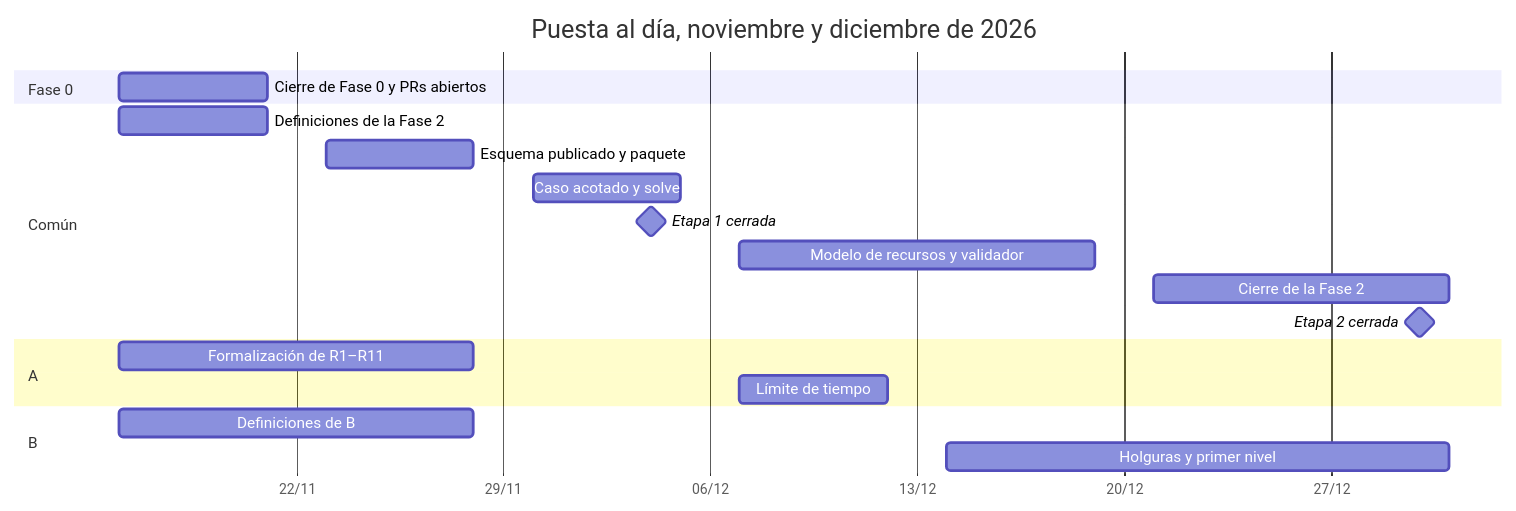
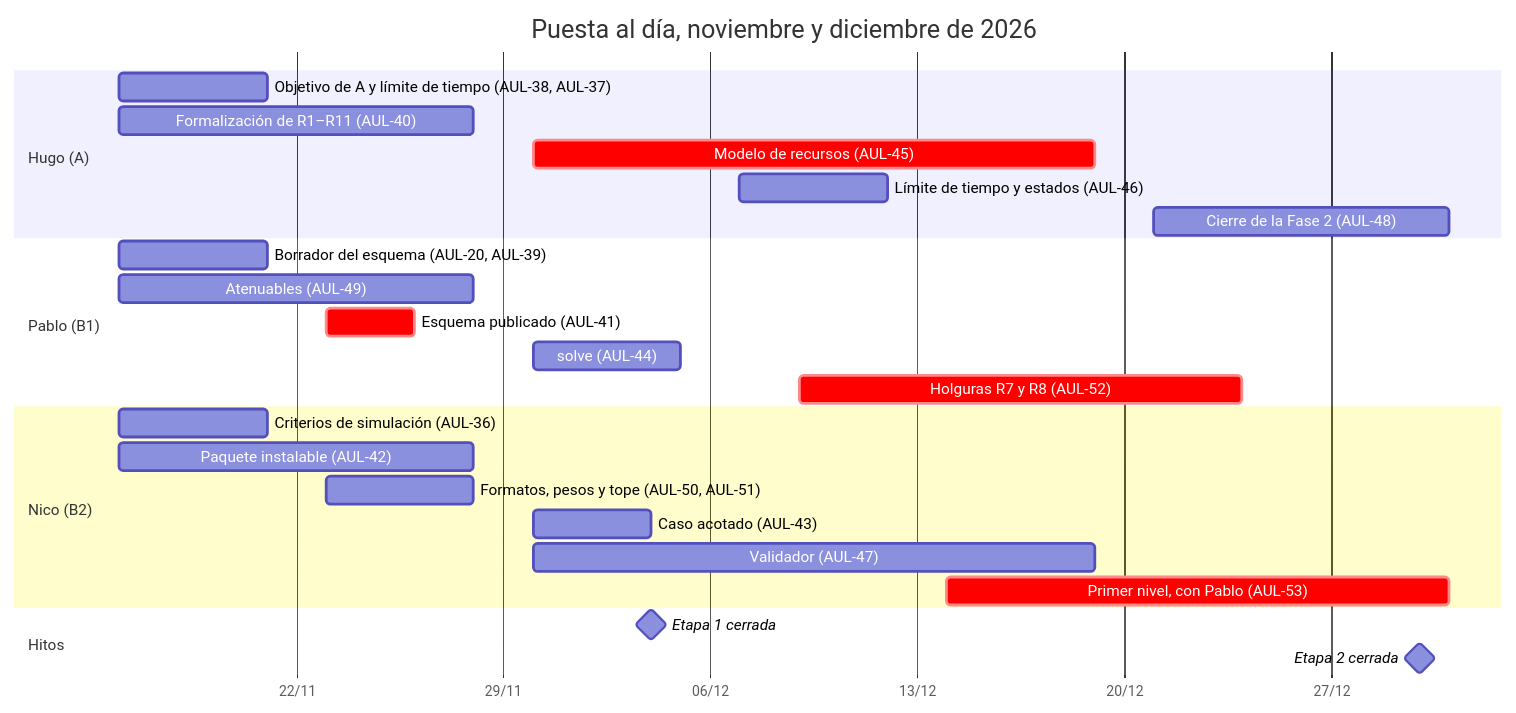
One commit to PabloESanabriaQ/proyecto-final changed the diagram in docs/plan-de-puesta-al-dia.md. Above: the diagram before and after it, drawn with Mermaid. The commit also changed other lines of this file, not shown here.

First line of the commit message:
AUL-54: itinerario semana a semana del plan de puesta al día

````diff
--- a/docs/plan-de-puesta-al-dia.md
+++ b/docs/plan-de-puesta-al-dia.md
@@ -30,22 +30,28 @@
 ```mermaid
 gantt
     title Puesta al día, noviembre y diciembre de 2026
     dateFormat YYYY-MM-DD
     axisFormat %d/%m
-    section Fase 0
-    Cierre de Fase 0 y PRs abiertos        :f0, 2026-11-16, 5d
-    section Común
-    Definiciones de la Fase 2              :def, 2026-11-16, 5d
-    Esquema publicado y paquete            :esq, 2026-11-23, 5d
-    Caso acotado y solve                   :caso, 2026-11-30, 5d
-    Etapa 1 cerrada                        :milestone, m1, 2026-12-04, 0d
-    Modelo de recursos y validador         :rec, 2026-12-07, 12d
-    Cierre de la Fase 2                    :cierre, 2026-12-21, 10d
-    Etapa 2 cerrada                        :milestone, m2, 2026-12-30, 0d
-    section A
-    Formalización de R1–R11                :form, 2026-11-16, 12d
-    Límite de tiempo                       :lim, 2026-12-07, 5d
-    section B
-    Definiciones de B                      :defb, 2026-11-16, 12d
-    Holguras y primer nivel                :holg, 2026-12-14, 17d
+    section Hugo (A)
+    Objetivo de A y límite de tiempo (AUL-38, AUL-37)  :2026-11-16, 5d
+    Formalización de R1–R11 (AUL-40)                   :2026-11-16, 12d
+    Modelo de recursos (AUL-45)                        :crit, 2026-11-30, 19d
+    Límite de tiempo y estados (AUL-46)                :2026-12-07, 5d
+    Cierre de la Fase 2 (AUL-48)                       :2026-12-21, 10d
+    section Pablo (B1)
+    Borrador del esquema (AUL-20, AUL-39)              :2026-11-16, 5d
+    Atenuables (AUL-49)                                :2026-11-16, 12d
+    Esquema publicado (AUL-41)                         :crit, 2026-11-23, 3d
+    solve (AUL-44)                                     :2026-11-30, 5d
+    Holguras R7 y R8 (AUL-52)                          :crit, 2026-12-09, 15d
+    section Nico (B2)
+    Criterios de simulación (AUL-36)                   :2026-11-16, 5d
+    Paquete instalable (AUL-42)                        :2026-11-16, 12d
+    Formatos, pesos y tope (AUL-50, AUL-51)            :2026-11-23, 5d
+    Caso acotado (AUL-43)                              :2026-11-30, 4d
+    Validador (AUL-47)                                 :2026-11-30, 19d
+    Primer nivel, con Pablo (AUL-53)                   :crit, 2026-12-14, 17d
+    section Hitos
+    Etapa 1 cerrada                                    :milestone, 2026-12-04, 0d
+    Etapa 2 cerrada                                    :milestone, 2026-12-30, 0d
 ```
````
